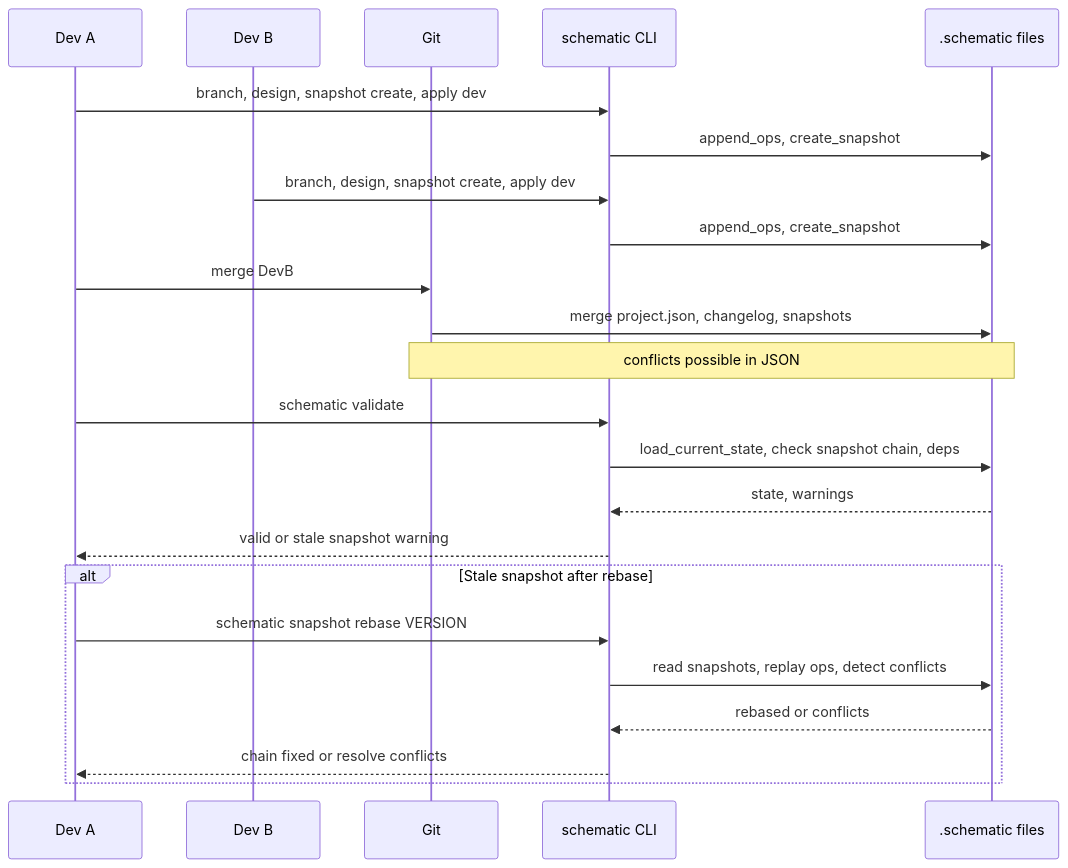
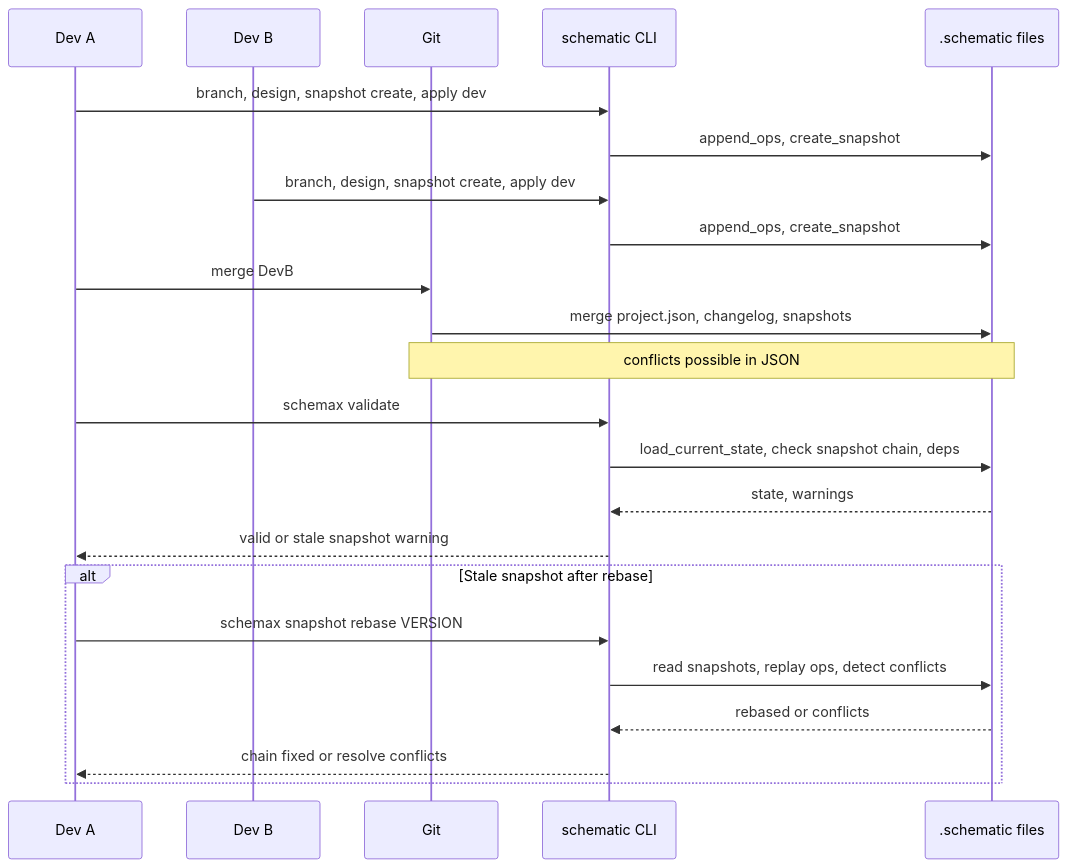
The second of 6 diagrams in docs/WORKFLOWS.md (vb-dbrks/schemax), drawn with Mermaid before and after one commit. The commit also changed other lines of this file and 204 other files, not shown here.

````diff
--- a/docs/WORKFLOWS.md
+++ b/docs/WORKFLOWS.md
@@ -93,29 +93,29 @@
 ```mermaid
 sequenceDiagram
   participant DevA as Dev A
   participant DevB as Dev B
   participant Git as Git
   participant CLI as schematic CLI
   participant Storage as .schematic files
 
   DevA->>CLI: branch, design, snapshot create, apply dev
   CLI->>Storage: append_ops, create_snapshot
   DevB->>CLI: branch, design, snapshot create, apply dev
   CLI->>Storage: append_ops, create_snapshot
 
   DevA->>Git: merge DevB
   Git->>Storage: merge project.json, changelog, snapshots
   Note over Git,Storage: conflicts possible in JSON
 
-  DevA->>CLI: schematic validate
+  DevA->>CLI: schemax validate
   CLI->>Storage: load_current_state, check snapshot chain, deps
   Storage-->>CLI: state, warnings
   CLI-->>DevA: valid or stale snapshot warning
 
   alt Stale snapshot after rebase
-    DevA->>CLI: schematic snapshot rebase VERSION
+    DevA->>CLI: schemax snapshot rebase VERSION
     CLI->>Storage: read snapshots, replay ops, detect conflicts
     Storage-->>CLI: rebased or conflicts
     CLI-->>DevA: chain fixed or resolve conflicts
   end
 ```
````
